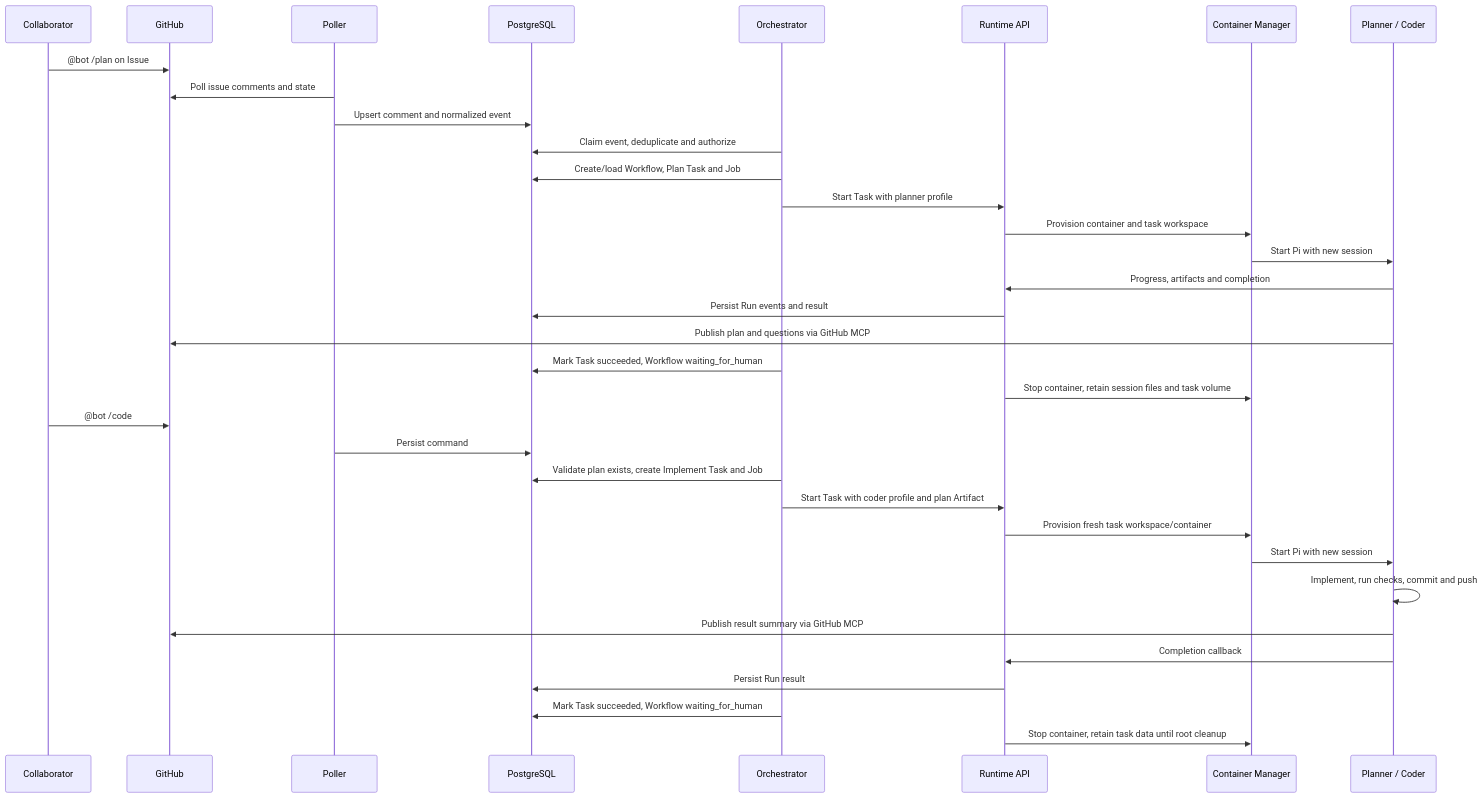
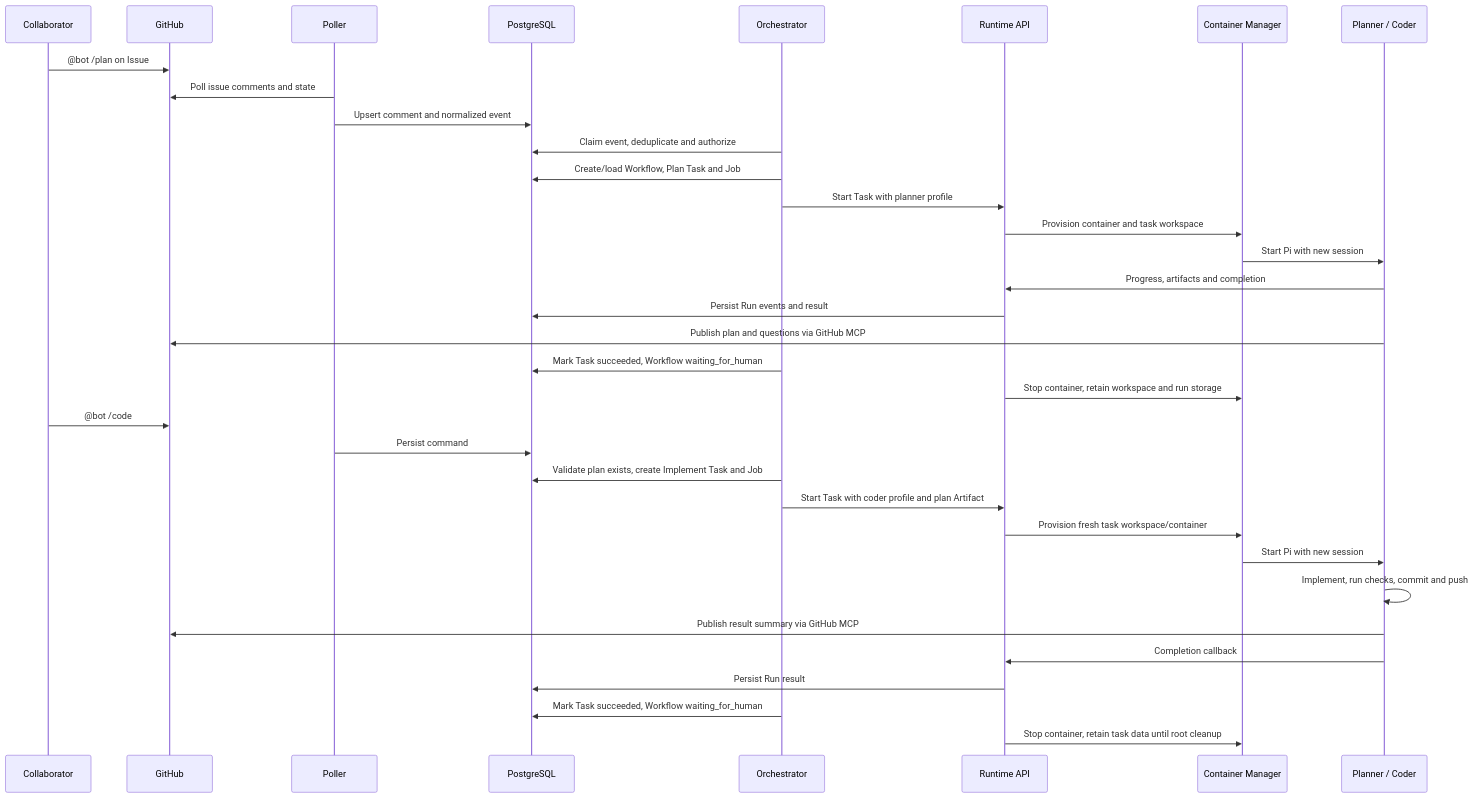
One commit to aliaksandrZh/ai-worker-01 changed the second of 2 diagrams in pi-agent-architecture/01-architecture-and-flows.md. Above: the diagram before and after it, drawn with Mermaid. The commit also changed other lines of this file and 6 other files, not shown here.

````diff
--- a/pi-agent-architecture/01-architecture-and-flows.md
+++ b/pi-agent-architecture/01-architecture-and-flows.md
@@ -112,38 +113,38 @@
 ```mermaid
 sequenceDiagram
     participant U as Collaborator
     participant GH as GitHub
     participant P as Poller
     participant DB as PostgreSQL
     participant O as Orchestrator
     participant R as Runtime API
     participant K as Container Manager
     participant A as Planner / Coder
 
     U->>GH: @bot /plan on Issue
     P->>GH: Poll issue comments and state
     P->>DB: Upsert comment and normalized event
     O->>DB: Claim event, deduplicate and authorize
     O->>DB: Create/load Workflow, Plan Task and Job
     O->>R: Start Task with planner profile
     R->>K: Provision container and task workspace
     K->>A: Start Pi with new session
     A->>R: Progress, artifacts and completion
     R->>DB: Persist Run events and result
     A->>GH: Publish plan and questions via GitHub MCP
     O->>DB: Mark Task succeeded, Workflow waiting_for_human
-    R->>K: Stop container, retain session files and task volume
+    R->>K: Stop container, retain workspace and run storage
 
     U->>GH: @bot /code
     P->>DB: Persist command
     O->>DB: Validate plan exists, create Implement Task and Job
     O->>R: Start Task with coder profile and plan Artifact
     R->>K: Provision fresh task workspace/container
     K->>A: Start Pi with new session
     A->>A: Implement, run checks, commit and push
     A->>GH: Publish result summary via GitHub MCP
     A->>R: Completion callback
     R->>DB: Persist Run result
     O->>DB: Mark Task succeeded, Workflow waiting_for_human
     R->>K: Stop container, retain task data until root cleanup
 ```
````
